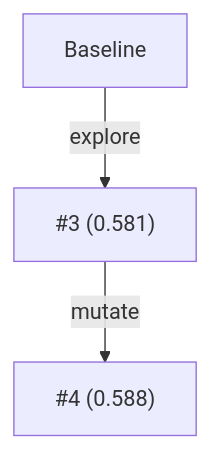
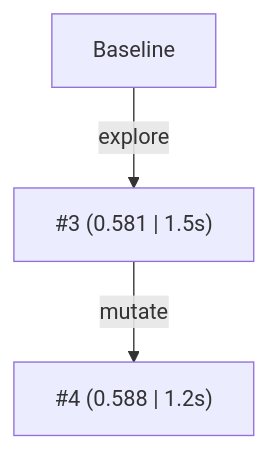
The second of 2 diagrams in skills/evolve/SKILL.md (kaiwong-sapiens/gh-evolve), drawn with Mermaid before and after one commit. The commit also changed other lines of this file, not shown here.

Commit message:
feat: instruct agent to include secondary metrics in Mermaid graph nodes

````diff
--- a/skills/evolve/SKILL.md
+++ b/skills/evolve/SKILL.md
@@ -245,8 +245,8 @@
 ```mermaid
 graph TD
   Baseline["Baseline"]
-  PR3["#3 (0.581)"]
-  PR4["#4 (0.588)"]
+  PR3["#3 (0.581 | 1.5s)"]
+  PR4["#4 (0.588 | 1.2s)"]
   Baseline -- explore --> PR3
   PR3 -- mutate --> PR4
 ```
````
